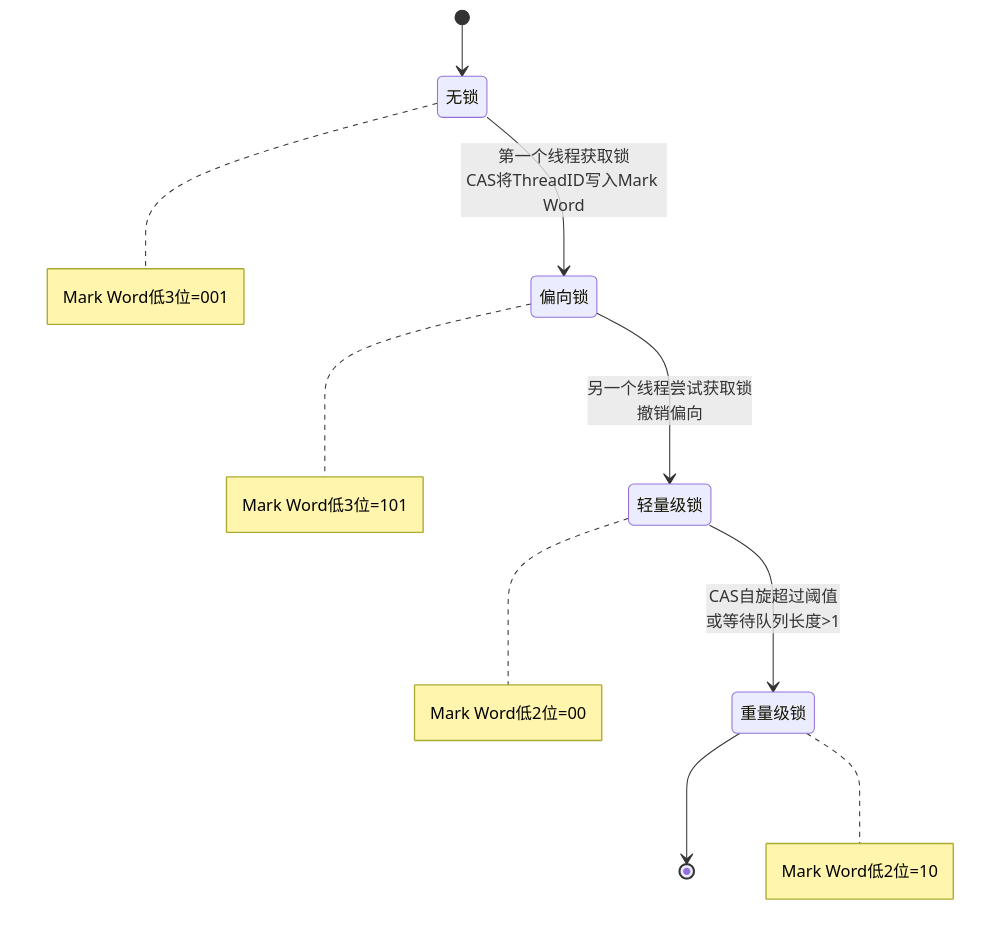
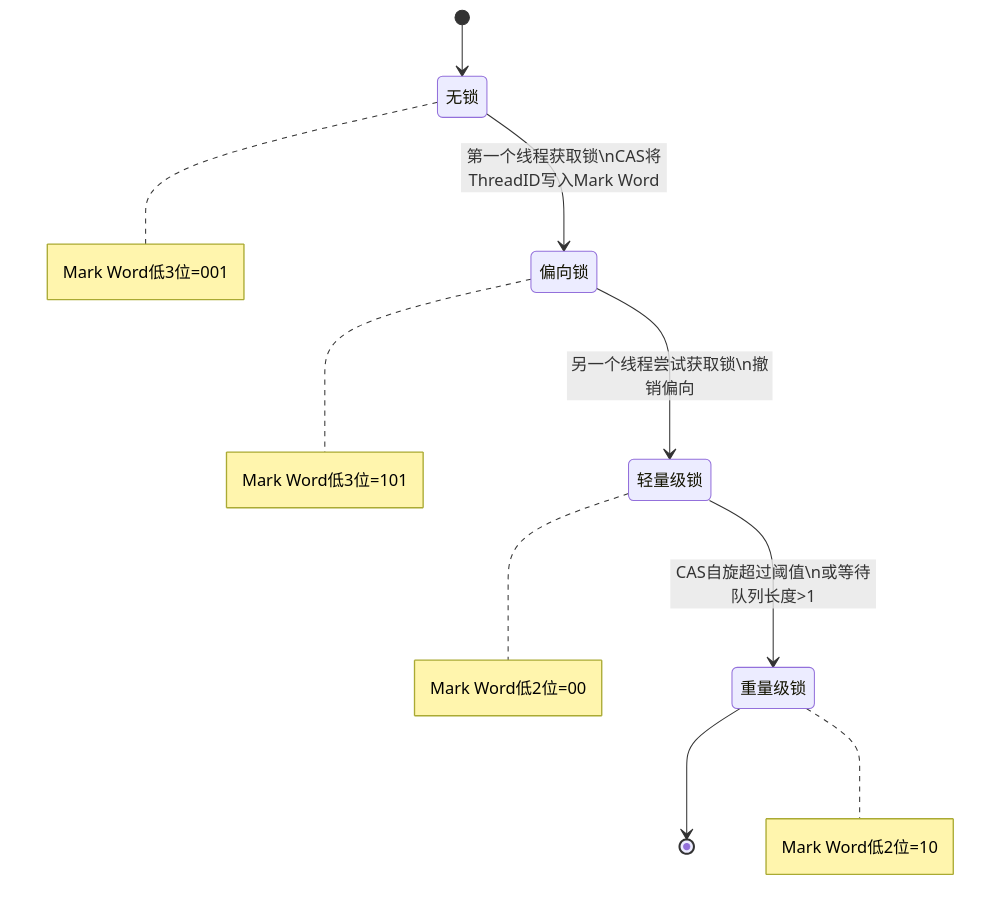
Before and after one commit to yaocat55/yaocat55.github.io: the third of 12 diagrams in content/posts/concurrency/SynchronizedLockUpgrade.md, drawn with Mermaid. The commit also changed other lines of this file and 155 other files, not shown here.

````diff
--- a/content/posts/concurrency/SynchronizedLockUpgrade.md
+++ b/content/posts/concurrency/SynchronizedLockUpgrade.md
@@ -197,13 +207,13 @@
 ```mermaid
 stateDiagram-v2
     [*] --> 无锁
-    无锁 --> 偏向锁 : 第一个线程获取锁<br/>CAS将ThreadID写入Mark Word
-    偏向锁 --> 轻量级锁 : 另一个线程尝试获取锁<br/>撤销偏向
-    轻量级锁 --> 重量级锁 : CAS自旋超过阈值<br/>或等待队列长度>1
+    无锁 --> 偏向锁 : 第一个线程获取锁\nCAS将ThreadID写入Mark Word
+    偏向锁 --> 轻量级锁 : 另一个线程尝试获取锁\n撤销偏向
+    轻量级锁 --> 重量级锁 : CAS自旋超过阈值\n或等待队列长度>1
     重量级锁 --> [*]
 
     note right of 无锁 : Mark Word低3位=001
     note right of 偏向锁 : Mark Word低3位=101
     note right of 轻量级锁 : Mark Word低2位=00
     note right of 重量级锁 : Mark Word低2位=10
 ```
````
